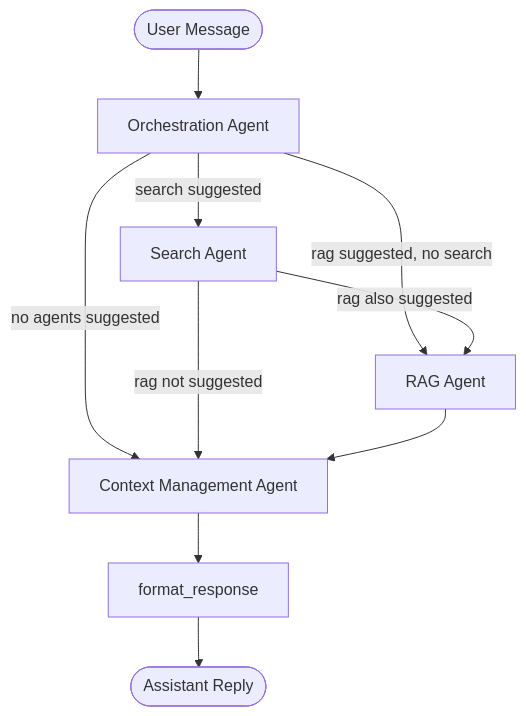
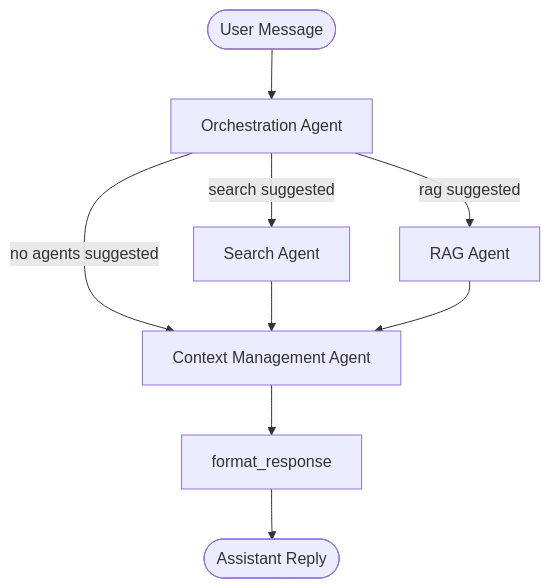
The first of 2 diagrams in docs/agent-interactions.md (BenDundee/mentat), drawn with Mermaid before and after one commit. The commit also changed other lines of this file and 3 other files, not shown here.

First line of the commit message:
fix(graph): parallelize Search and RAG agent execution

````diff
--- a/docs/agent-interactions.md
+++ b/docs/agent-interactions.md
@@ -10,16 +10,14 @@
 ```mermaid
 flowchart TD
     START([User Message]) --> orch[Orchestration Agent]
 
     orch -->|search suggested| search[Search Agent]
-    orch -->|rag suggested, no search| rag[RAG Agent]
+    orch -->|rag suggested| rag[RAG Agent]
     orch -->|no agents suggested| cm[Context Management Agent]
 
-    search -->|rag also suggested| rag
-    search -->|rag not suggested| cm
-
+    search --> cm
     rag --> cm
 
     cm --> fmt[format_response]
     fmt --> END([Assistant Reply])
 ```
````
